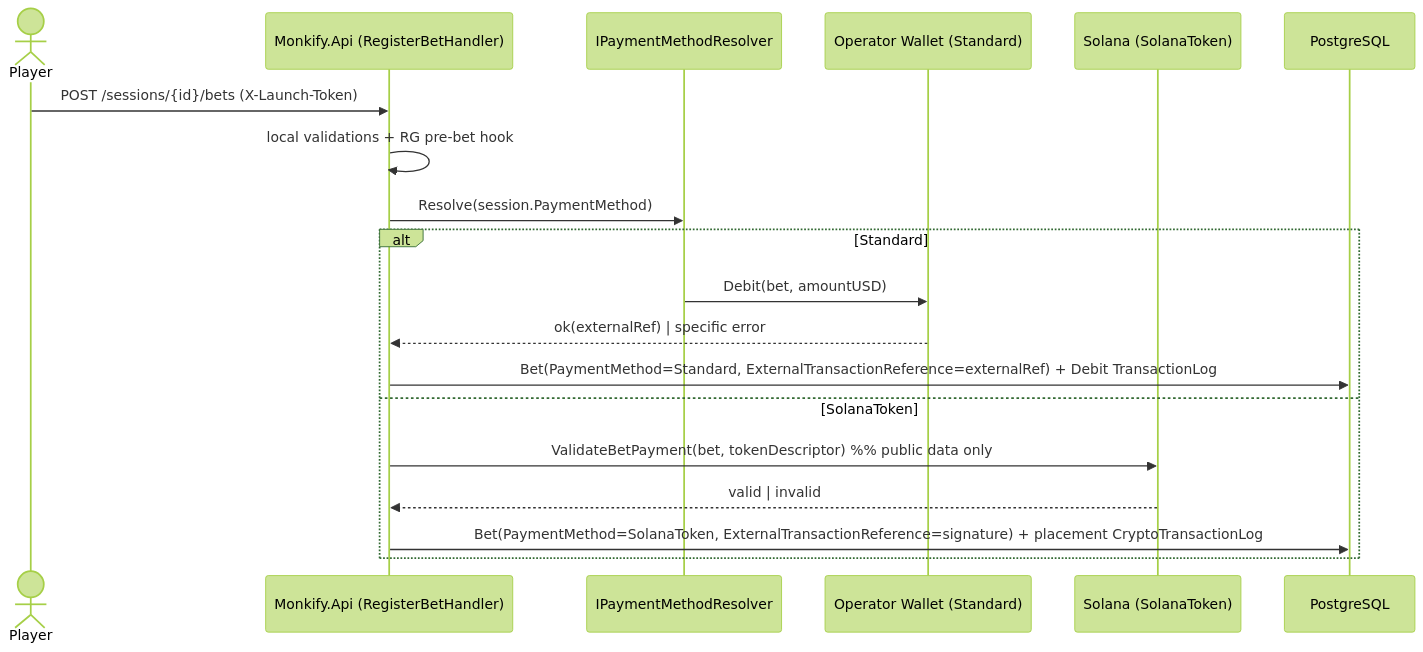
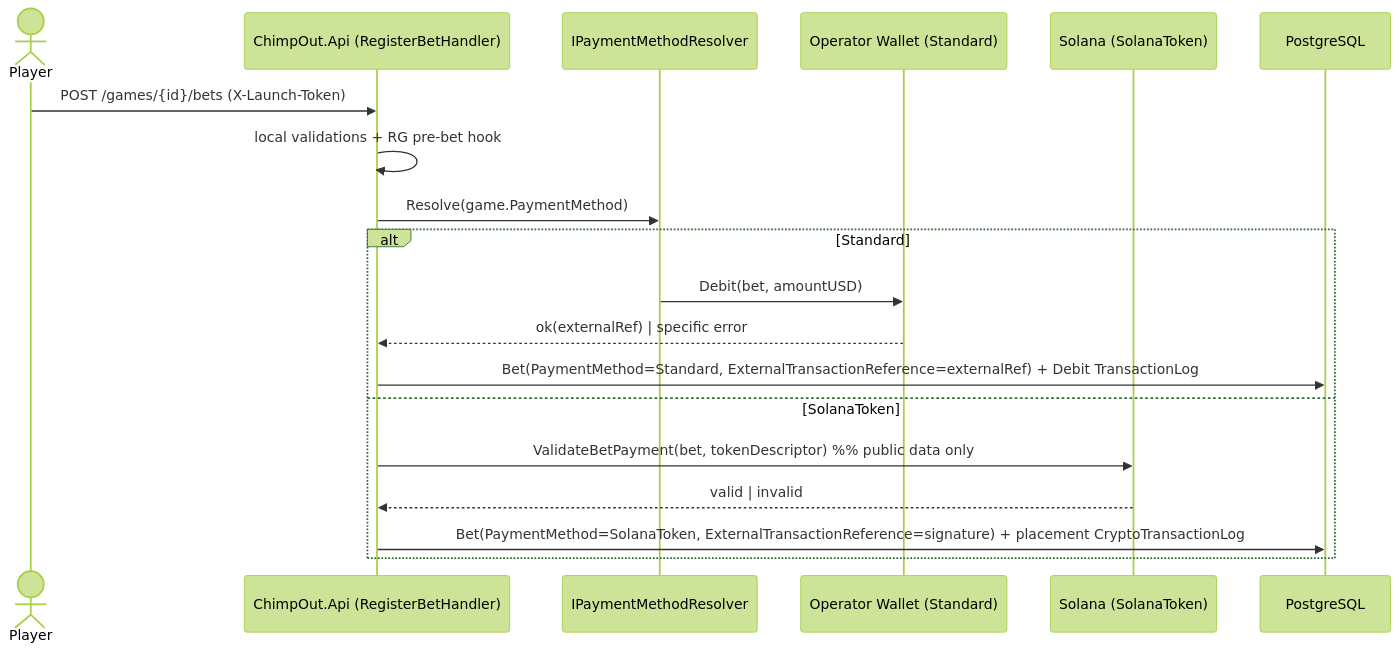
The second of 3 diagrams in specs/payment-methods-refactor.md (marcusruas/monkify-meta), drawn with Mermaid (forest theme) before and after one commit. The commit also changed other lines of this file and 57 other files, not shown here.

First line of the commit message:
Rebrand: Monkify->ChimpOut, Session->Game in KB prose (monkify-meta)

````diff
--- a/specs/payment-methods-refactor.md
+++ b/specs/payment-methods-refactor.md
@@ -566,22 +566,22 @@
 ```mermaid
 sequenceDiagram
     actor Player
-    participant API as Monkify.Api (RegisterBetHandler)
+    participant API as ChimpOut.Api (RegisterBetHandler)
     participant PM as IPaymentMethodResolver
     participant W as Operator Wallet (Standard)
     participant SOL as Solana (SolanaToken)
     participant DB as PostgreSQL
 
-    Player->>API: POST /sessions/{id}/bets (X-Launch-Token)
+    Player->>API: POST /games/{id}/bets (X-Launch-Token)
     API->>API: local validations + RG pre-bet hook
-    API->>PM: Resolve(session.PaymentMethod)
+    API->>PM: Resolve(game.PaymentMethod)
     alt Standard
         PM->>W: Debit(bet, amountUSD)
         W-->>API: ok(externalRef) | specific error
         API->>DB: Bet(PaymentMethod=Standard, ExternalTransactionReference=externalRef) + Debit TransactionLog
     else SolanaToken
         API->>SOL: ValidateBetPayment(bet, tokenDescriptor)  %% public data only
         SOL-->>API: valid | invalid
         API->>DB: Bet(PaymentMethod=SolanaToken, ExternalTransactionReference=signature) + placement CryptoTransactionLog
     end
 ```
````
